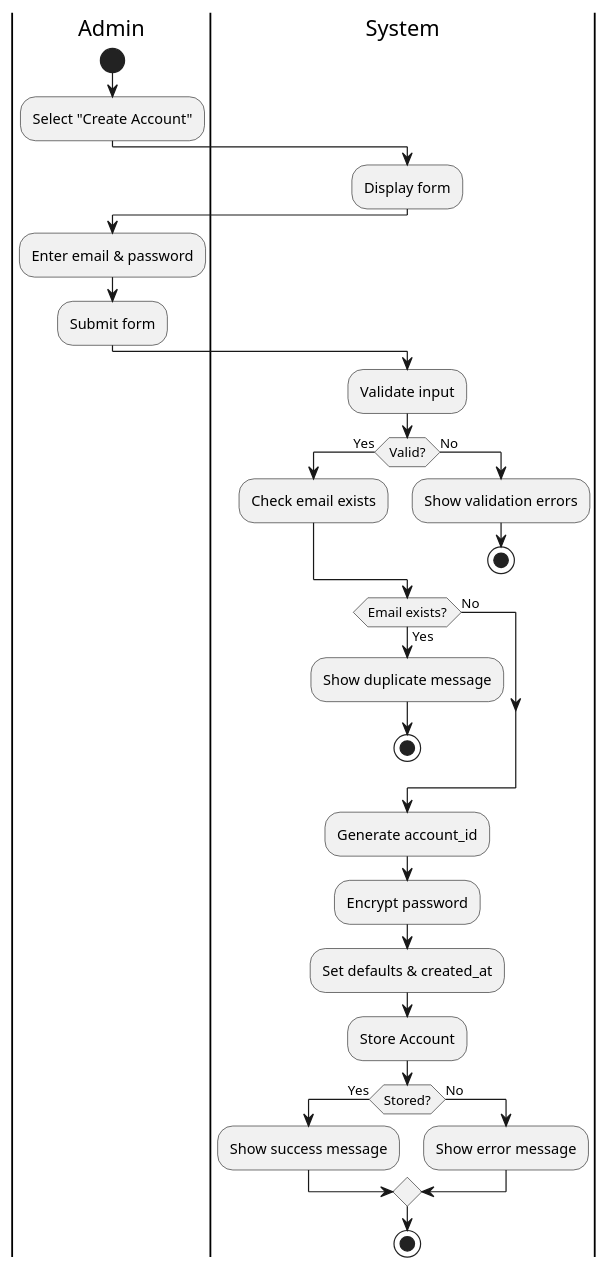
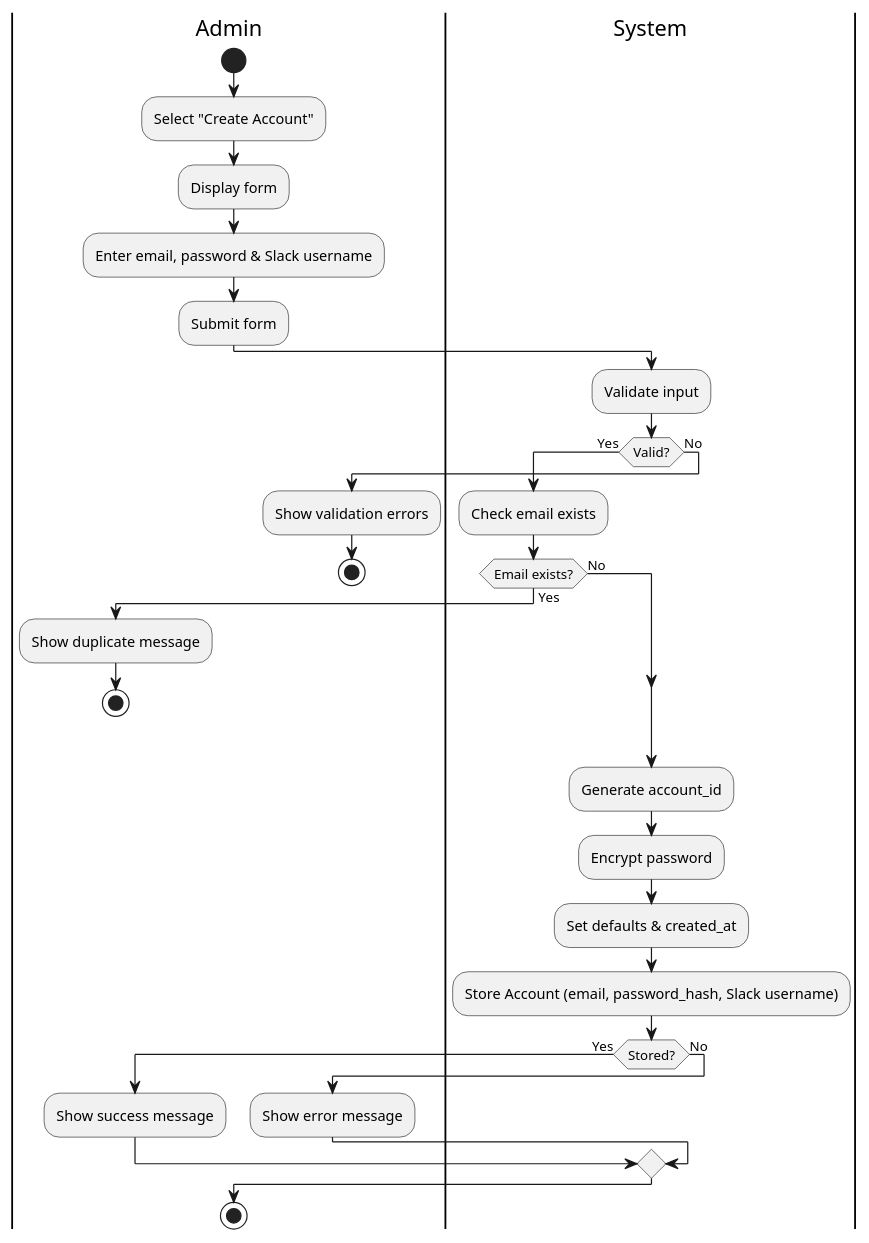
The diagram in documentation/activity_diagrams/ADMIN-05-ActivityDiagram.md (Berthou05/LimboSoftwareDevelopment_Change.org), drawn with PlantUML before and after one commit. The commit also changed 2896 other files, not shown here.

```diff
--- a/documentation/activity_diagrams/ADMIN-05-ActivityDiagram.md
+++ b/documentation/activity_diagrams/ADMIN-05-ActivityDiagram.md
@@ -1,41 +1,43 @@
 @startuml
 |Admin|
 start
 :Select "Create Account";
-
-|System|
 :Display form;
-
-|Admin|
-:Enter email & password;
+:Enter email, password & Slack username;
 :Submit form;
 
 |System|
 :Validate input;
 
 if (Valid?) then (Yes)
   :Check email exists;
+  
+  if (Email exists?) then (Yes)
+    |Admin|
+    :Show duplicate message;
+    stop
+  else (No)
+    |System|
+  endif
 else (No)
+  |Admin|
   :Show validation errors;
   stop
 endif
 
-if (Email exists?) then (Yes)
-  :Show duplicate message;
-  stop
-else (No)
-endif
-
+|System|
 :Generate account_id;
 :Encrypt password;
 :Set defaults & created_at;
-:Store Account;
+:Store Account (email, password_hash, Slack username);
 
 if (Stored?) then (Yes)
+  |Admin|
   :Show success message;
 else (No)
+  |Admin|
   :Show error message;
 endif
 
 stop
 @enduml
```
